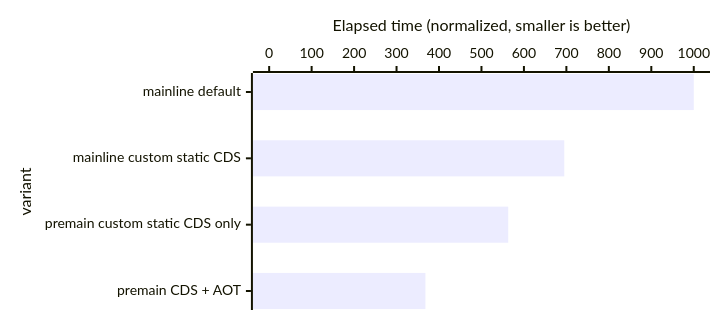
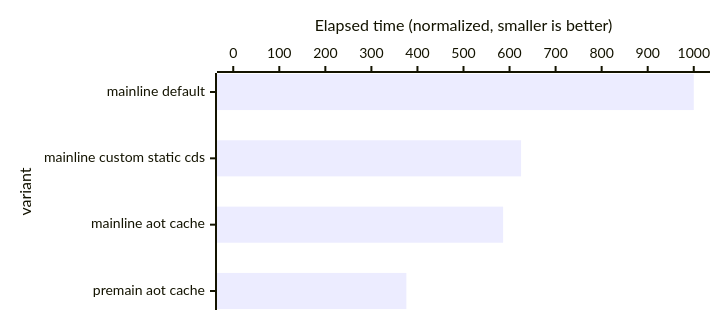
Before and after one commit to openjdk/leyden: the fifth of 5 diagrams in README.md, drawn with Mermaid. The commit also changed other lines of this file and 8 other files, not shown here.

````diff
--- a/README.md
+++ b/README.md
@@ -470,12 +480,12 @@
 ```mermaid
 ---
 config:
     xyChart:
         chartOrientation: horizontal
         height: 300
 ---
 xychart-beta
-    x-axis "variant" ["mainline default", "mainline custom static CDS", "premain custom static CDS only", "premain CDS + AOT"]
+    x-axis "variant" ["mainline default", "mainline custom static cds", "mainline aot cache", "premain aot cache"]
     y-axis "Elapsed time (normalized, smaller is better)" 0 --> 1000
-    bar [1000, 695, 563, 368]
+    bar [1000, 625, 586, 376]
 ```
````
